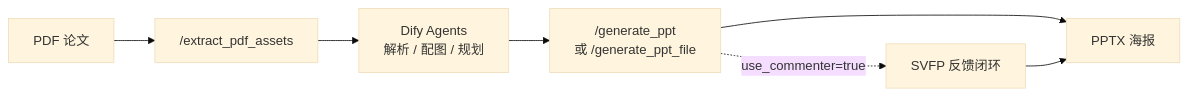
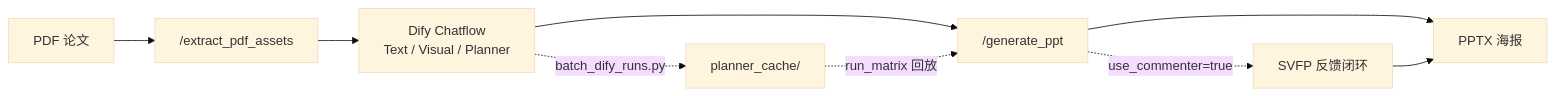
One commit to GHMikael/poster_agent_backend changed the diagram in README.zh-CN.md. Above: the diagram before and after it, drawn with Mermaid (base theme). The commit also changed other lines of this file and 36 other files, not shown here.

First line of the commit message:
Release v5.1: Dify batch pipeline and 30-paper experiment scale-up.

````diff
--- a/README.zh-CN.md
+++ b/README.zh-CN.md
@@ -62,9 +72,11 @@
 ```mermaid
 flowchart LR
   PDF[PDF 论文] --> A["/extract_pdf_assets"]
-  A --> Dify[Dify Agents<br/>解析 / 配图 / 规划]
-  Dify --> B["/generate_ppt<br/>或 /generate_ppt_file"]
+  A --> Dify[Dify Chatflow<br/>Text / Visual / Planner]
+  Dify --> B["/generate_ppt"]
   B --> R[PPTX 海报]
   B -.->|use_commenter=true| Loop[SVFP 反馈闭环]
   Loop --> R
+  Dify -.->|batch_dify_runs.py| Cache[planner_cache/]
+  Cache -.->|run_matrix 回放| B
 ```
````
